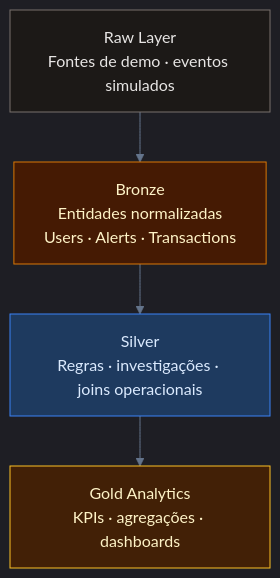
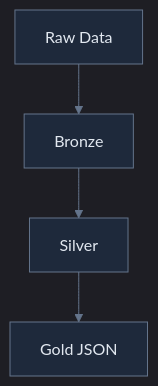
Before and after one commit to BrunaAmaral2706/Driven--Fraud-Detection-Platform: the second of 2 diagrams in README.md, drawn with Mermaid. The commit also changed other lines of this file and 1 other file, not shown here.

First line of the commit message:
docs: align Architecture and Tech Stack with realistic ETL pipeline

````diff
--- a/README.md
+++ b/README.md
@@ -55,19 +80,8 @@
 ```mermaid
-%%{init: {'theme': 'dark', 'themeVariables': { 'primaryColor': '#1e293b', 'lineColor': '#64748b'}}}%%
+%%{init: {'theme': 'dark', 'themeVariables': { 'lineColor': '#64748b'}}}%%
 flowchart TB
-    RAW["Raw Layer<br/>Fontes de demo · eventos simulados"]
-    BRONZE["Bronze<br/>Entidades normalizadas<br/>Users · Alerts · Transactions"]
-    SILVER["Silver<br/>Regras · investigações · joins operacionais"]
-    GOLD["Gold Analytics<br/>KPIs · agregações · dashboards"]
+    R["Raw Data"] --> B["Bronze"] --> S["Silver"] --> G["Gold JSON"]
 
-    RAW --> BRONZE --> SILVER --> GOLD
-
-    classDef raw fill:#1c1917,stroke:#78716c,color:#e7e5e4
-    classDef bronze fill:#451a03,stroke:#d97706,color:#fef3c7
-    classDef silver fill:#1e3a5f,stroke:#3b82f6,color:#dbeafe
-    classDef gold fill:#422006,stroke:#fbbf24,color:#fef3c7
-    class RAW raw
-    class BRONZE bronze
-    class SILVER silver
-    class GOLD gold
+    classDef layer fill:#1e293b,stroke:#64748b,color:#e2e8f0
+    class R,B,S,G layer
 ```
````
